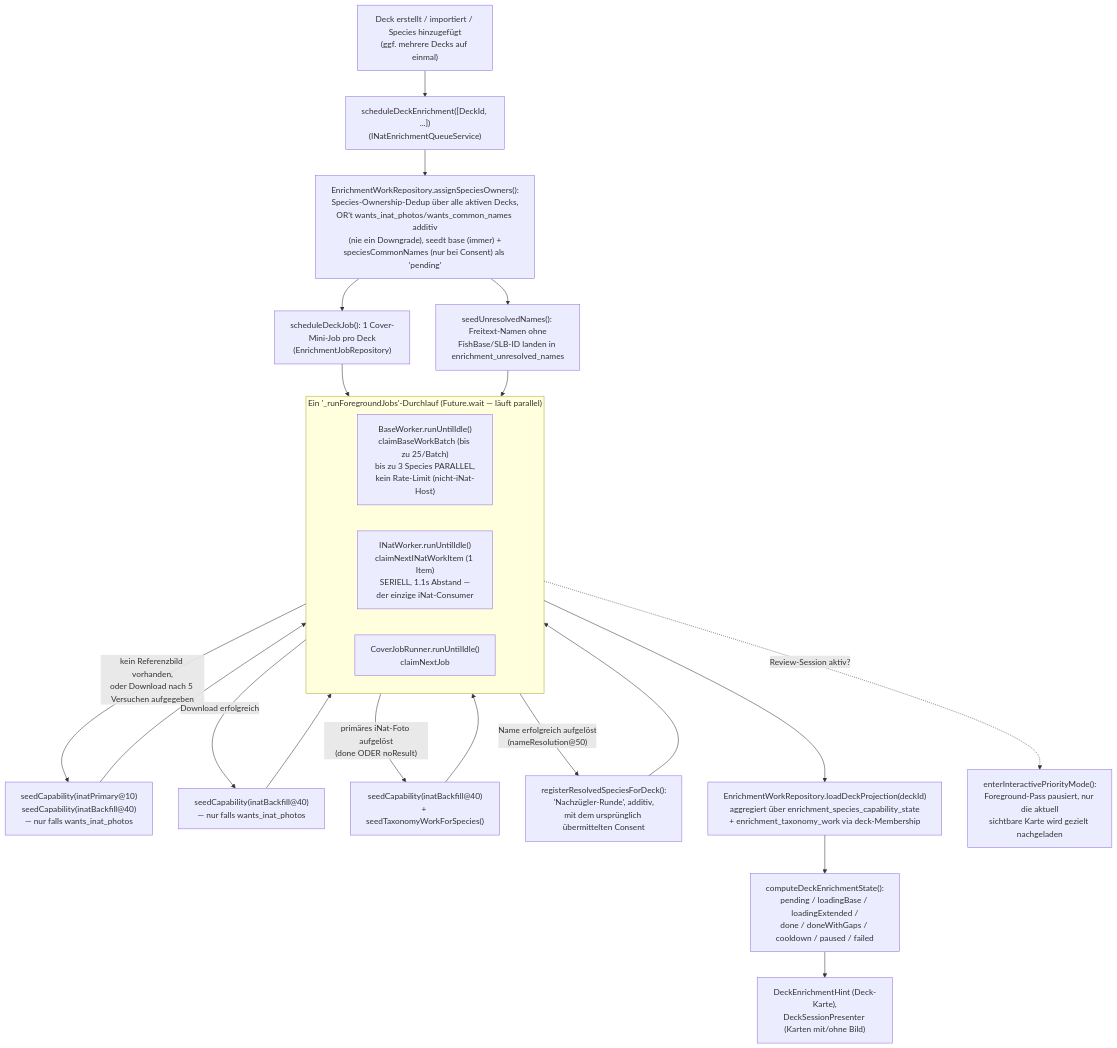
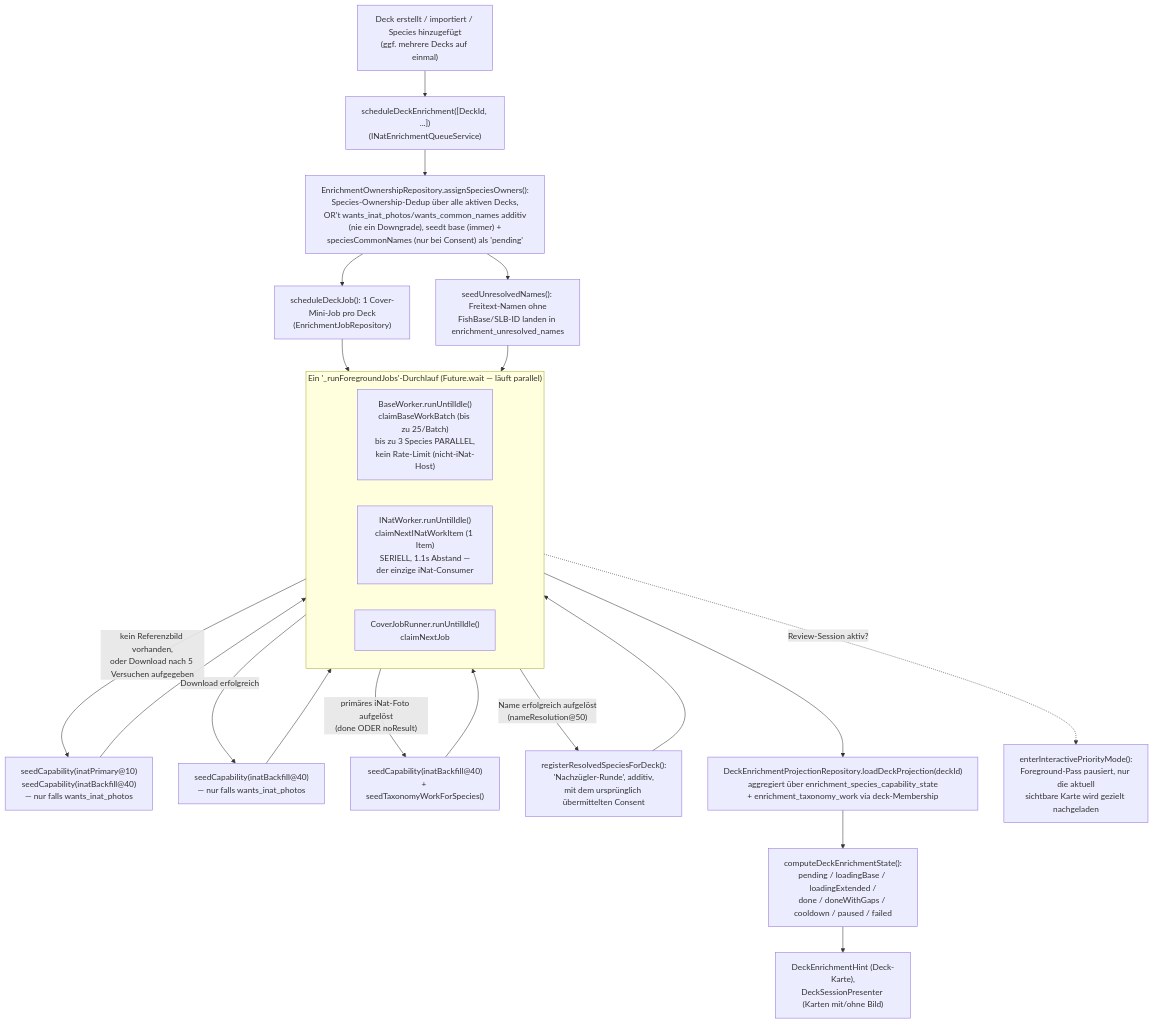
The first of 2 diagrams in docs/enrichment.md (discere-app/discere), drawn with Mermaid before and after one commit. The commit also changed other lines of this file and 21 other files, not shown here.

First line of the commit message:
enrichment: Besitz- und Consent-Regeln aus der Transaktion lösen

````diff
--- a/docs/enrichment.md
+++ b/docs/enrichment.md
@@ -19,33 +19,33 @@
 ```mermaid
 flowchart TD
     A["Deck erstellt / importiert / Species hinzugefügt<br/>(ggf. mehrere Decks auf einmal)"] --> B["scheduleDeckEnrichment([DeckId, ...])<br/>(INatEnrichmentQueueService)"]
-    B --> OWN["EnrichmentWorkRepository.assignSpeciesOwners():<br/>Species-Ownership-Dedup über alle aktiven Decks,<br/>OR't wants_inat_photos/wants_common_names additiv<br/>(nie ein Downgrade), seedt base (immer) +<br/>speciesCommonNames (nur bei Consent) als 'pending'"]
+    B --> OWN["EnrichmentOwnershipRepository.assignSpeciesOwners():<br/>Species-Ownership-Dedup über alle aktiven Decks,<br/>OR't wants_inat_photos/wants_common_names additiv<br/>(nie ein Downgrade), seedt base (immer) +<br/>speciesCommonNames (nur bei Consent) als 'pending'"]
     OWN --> COVER["scheduleDeckJob(): 1 Cover-Mini-Job pro Deck<br/>(EnrichmentJobRepository)"]
     OWN --> UNRES["seedUnresolvedNames(): Freitext-Namen ohne<br/>FishBase/SLB-ID landen in enrichment_unresolved_names"]
 
     subgraph PASS ["Ein '_runForegroundJobs'-Durchlauf (Future.wait — läuft parallel)"]
         direction LR
         BW["BaseWorker.runUntilIdle()<br/>claimBaseWorkBatch (bis zu 25/Batch)<br/>bis zu 3 Species PARALLEL,<br/>kein Rate-Limit (nicht-iNat-Host)"]
         IW["INatWorker.runUntilIdle()<br/>claimNextINatWorkItem (1 Item)<br/>SERIELL, 1.1s Abstand —<br/>der einzige iNat-Consumer"]
         CJ["CoverJobRunner.runUntilIdle()<br/>claimNextJob"]
     end
 
     COVER --> PASS
     UNRES --> PASS
 
     BW -->|"kein Referenzbild vorhanden,<br/>oder Download nach 5 Versuchen aufgegeben"| SEED1["seedCapability(inatPrimary@10)<br/>seedCapability(inatBackfill@40)<br/>— nur falls wants_inat_photos"]
     BW -->|"Download erfolgreich"| SEED2["seedCapability(inatBackfill@40)<br/>— nur falls wants_inat_photos"]
     SEED1 --> IW
     SEED2 --> IW
 
     IW -->|"primäres iNat-Foto aufgelöst<br/>(done ODER noResult)"| SEED3["seedCapability(inatBackfill@40)<br/>+ seedTaxonomyWorkForSpecies()"]
     IW -->|"Name erfolgreich aufgelöst<br/>(nameResolution@50)"| STRAG["registerResolvedSpeciesForDeck():<br/>'Nachzügler-Runde', additiv,<br/>mit dem ursprünglich übermittelten Consent"]
     SEED3 --> IW
     STRAG --> IW
 
-    PASS --> PROJ["EnrichmentWorkRepository.loadDeckProjection(deckId)<br/>aggregiert über enrichment_species_capability_state<br/>+ enrichment_taxonomy_work via deck-Membership"]
+    PASS --> PROJ["DeckEnrichmentProjectionRepository.loadDeckProjection(deckId)<br/>aggregiert über enrichment_species_capability_state<br/>+ enrichment_taxonomy_work via deck-Membership"]
     PROJ --> STATE["computeDeckEnrichmentState():<br/>pending / loadingBase / loadingExtended /<br/>done / doneWithGaps / cooldown / paused / failed"]
     STATE --> UI["DeckEnrichmentHint (Deck-Karte),<br/>DeckSessionPresenter (Karten mit/ohne Bild)"]
 
     PASS -.->|"Review-Session aktiv?"| INT["enterInteractivePriorityMode():<br/>Foreground-Pass pausiert, nur die aktuell<br/>sichtbare Karte wird gezielt nachgeladen"]
 ```
````
